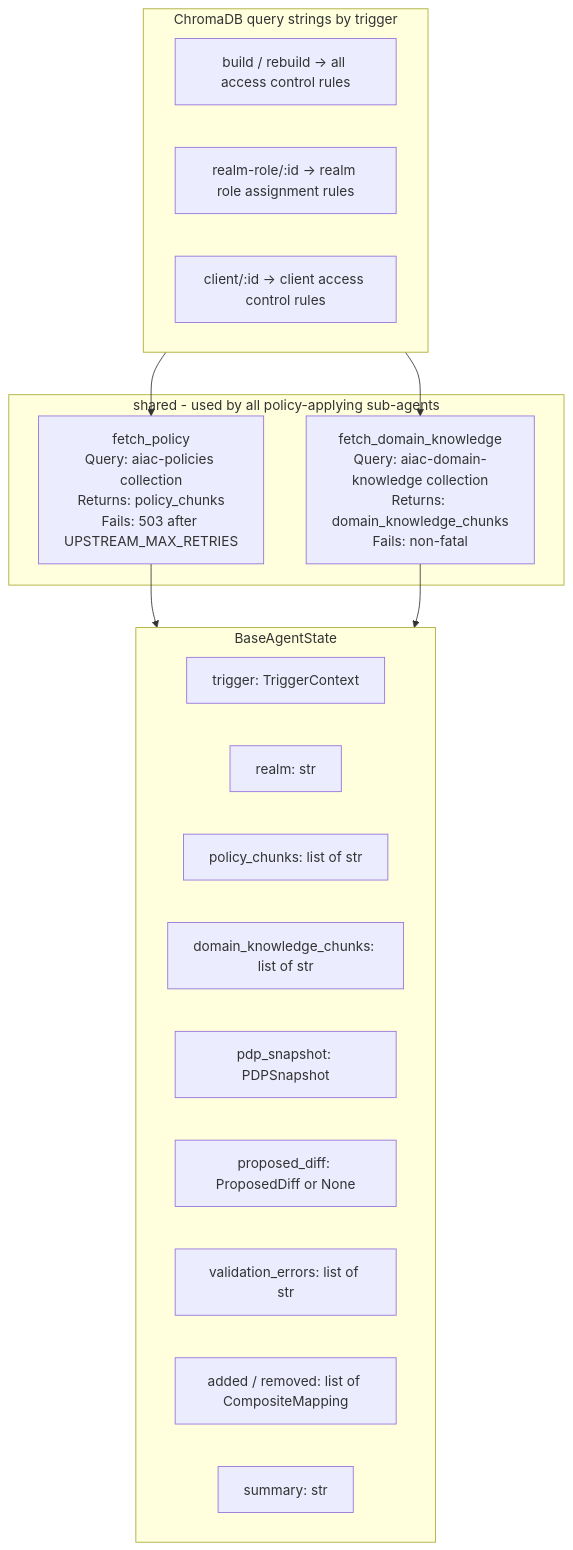
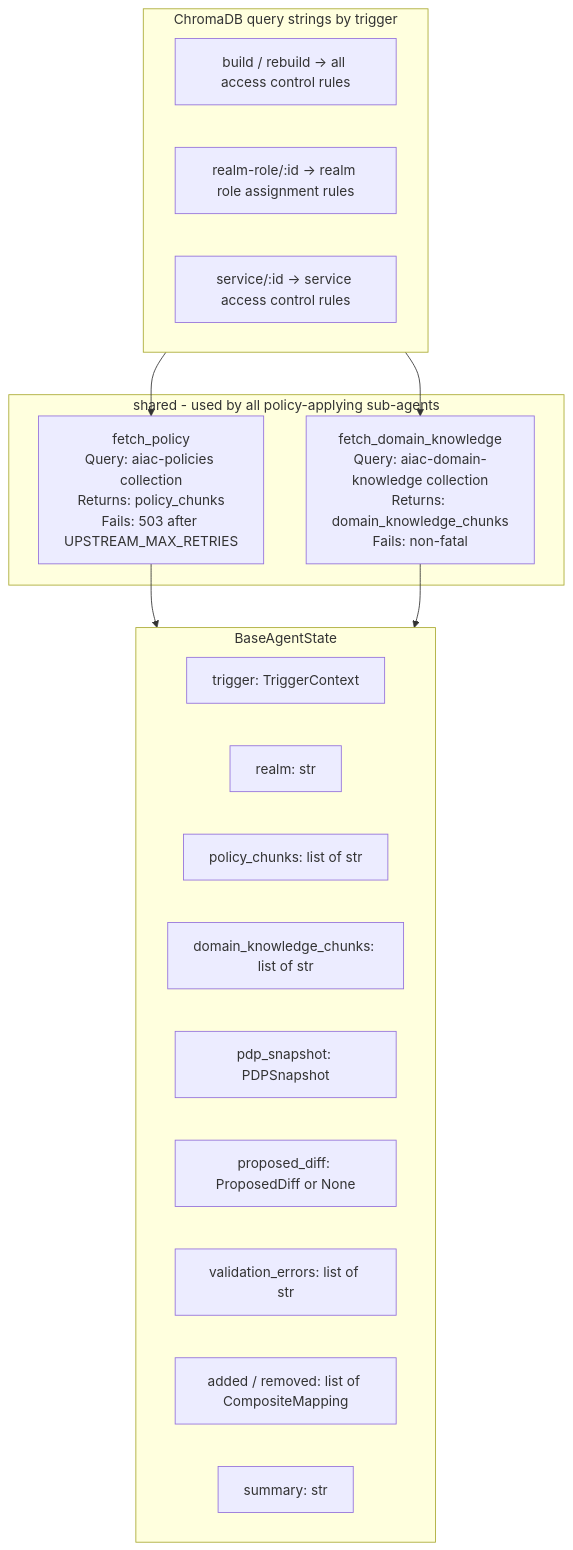
The seventh of 8 diagrams in inception/requirements/components/aiac-agent.md (rossoctl/aiac), drawn with Mermaid before and after one commit. The commit also changed other lines of this file, not shown here.

First line of the commit message:
docs(aiac): rename client to service in AIAC Agent PRD

````diff
--- a/inception/requirements/components/aiac-agent.md
+++ b/inception/requirements/components/aiac-agent.md
@@ -305,29 +309,29 @@
 ```mermaid
 flowchart TD
     subgraph SHARED["shared - used by all policy-applying sub-agents"]
         FP["fetch_policy\nQuery: aiac-policies collection\nReturns: policy_chunks\nFails: 503 after UPSTREAM_MAX_RETRIES"]
         FDK["fetch_domain_knowledge\nQuery: aiac-domain-knowledge collection\nReturns: domain_knowledge_chunks\nFails: non-fatal"]
     end
 
     subgraph STATE["BaseAgentState"]
         S1["trigger: TriggerContext"]
         S2["realm: str"]
         S3["policy_chunks: list of str"]
         S4["domain_knowledge_chunks: list of str"]
         S5["pdp_snapshot: PDPSnapshot"]
         S6["proposed_diff: ProposedDiff or None"]
         S7["validation_errors: list of str"]
         S8["added / removed: list of CompositeMapping"]
         S9["summary: str"]
     end
 
     subgraph QUERY_KEYS["ChromaDB query strings by trigger"]
         Q1["build / rebuild -> all access control rules"]
         Q2["realm-role/:id -> realm role assignment rules"]
-        Q3["client/:id -> client access control rules"]
+        Q3["service/:id -> service access control rules"]
     end
 
     FP & FDK --> STATE
     QUERY_KEYS --> FP
     QUERY_KEYS --> FDK
 ```
````
